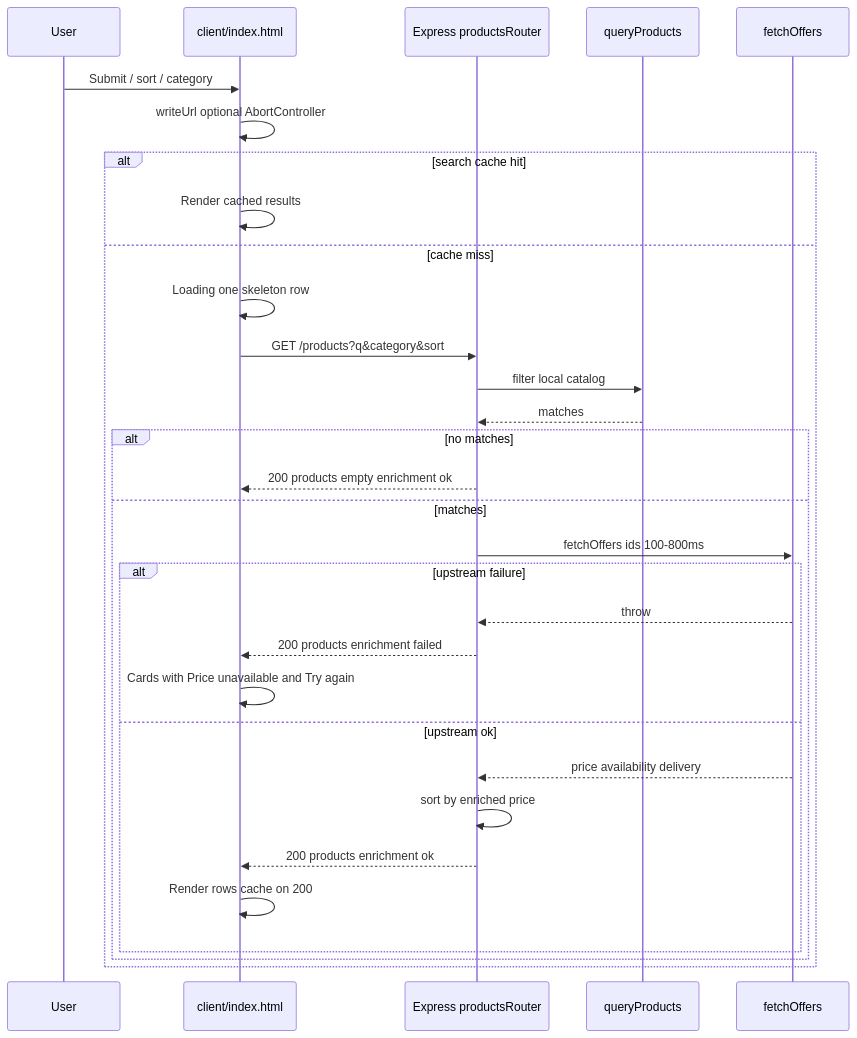
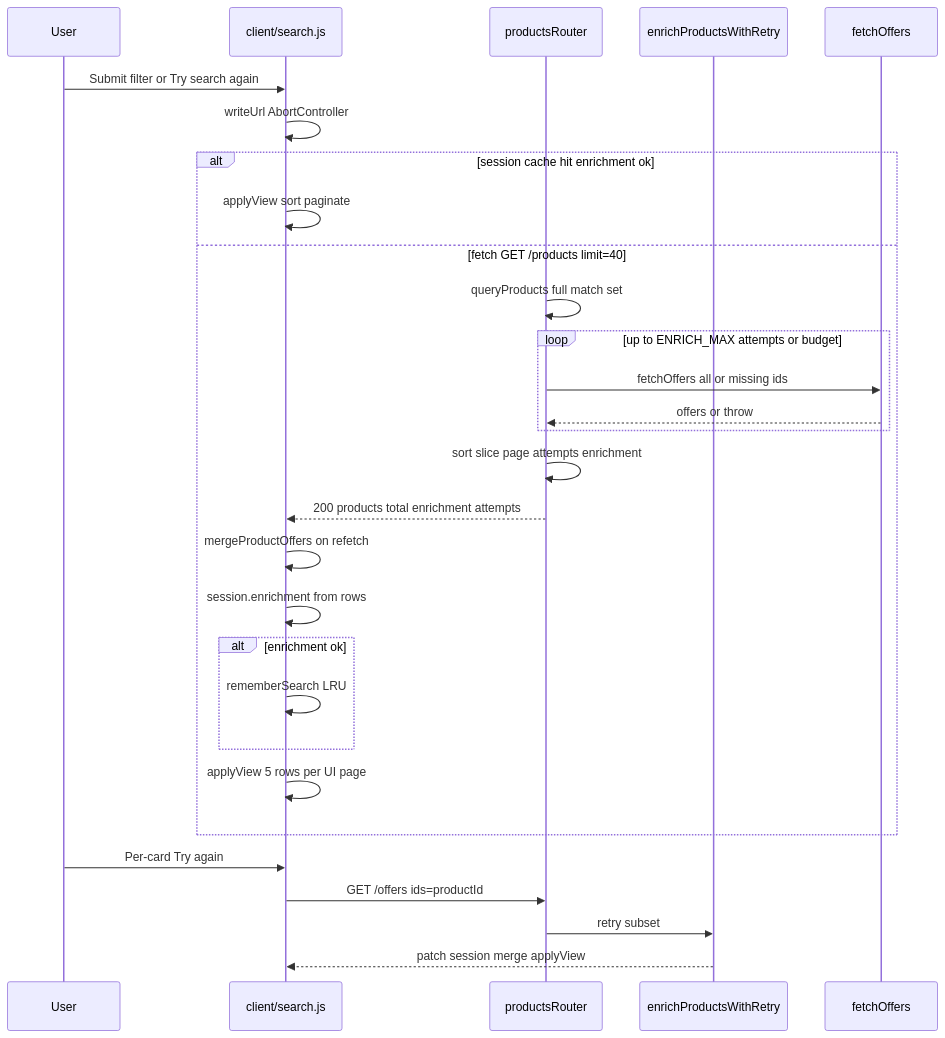
Before and after one commit to Karabo-Seipelo/MrD: the diagram in SOLUTION.md, drawn with Mermaid. The commit also changed other lines of this file and 23 other files, not shown here.

Commit message:
feat: Introduce configurable enrichment parameters and enhance product offer retrieval with retry logic for improved search reliability

````diff
--- a/SOLUTION.md
+++ b/SOLUTION.md
@@ -9,34 +9,32 @@
 ```mermaid
 sequenceDiagram
   participant User
-  participant Page as client/index.html
-  participant API as Express productsRouter
-  participant Search as queryProducts
+  participant Page as client/search.js
+  participant API as productsRouter
+  participant Enrich as enrichProductsWithRetry
   participant Upstream as fetchOffers
 
-  User->>Page: Submit / sort / category
-  Page->>Page: writeUrl optional AbortController
-  alt search cache hit
-    Page->>Page: Render cached results
-  else cache miss
-    Page->>Page: Loading one skeleton row
-    Page->>API: GET /products?q&category&sort
-    API->>Search: filter local catalog
-    Search-->>API: matches
-    alt no matches
-      API-->>Page: 200 products empty enrichment ok
-    else matches
-      API->>Upstream: fetchOffers ids 100-800ms
-      alt upstream failure
-        Upstream-->>API: throw
-        API-->>Page: 200 products enrichment failed
-        Page->>Page: Cards with Price unavailable and Try again
-      else upstream ok
-        Upstream-->>API: price availability delivery
-        API->>API: sort by enriched price
-        API-->>Page: 200 products enrichment ok
-        Page->>Page: Render rows cache on 200
-      end
+  User->>Page: Submit filter or Try search again
+  Page->>Page: writeUrl AbortController
+  alt session cache hit enrichment ok
+    Page->>Page: applyView sort paginate
+  else fetch GET /products limit=40
+    API->>API: queryProducts full match set
+    loop up to ENRICH_MAX attempts or budget
+      API->>Upstream: fetchOffers all or missing ids
+      Upstream-->>API: offers or throw
     end
+    API->>API: sort slice page attempts enrichment
+    API-->>Page: 200 products total enrichment attempts
+    Page->>Page: mergeProductOffers on refetch
+    Page->>Page: session.enrichment from rows
+    alt enrichment ok
+      Page->>Page: rememberSearch LRU
+    end
+    Page->>Page: applyView 5 rows per UI page
   end
+  User->>Page: Per-card Try again
+  Page->>API: GET /offers ids=productId
+  API->>Enrich: retry subset
+  Enrich-->>Page: patch session merge applyView
 ```
````
